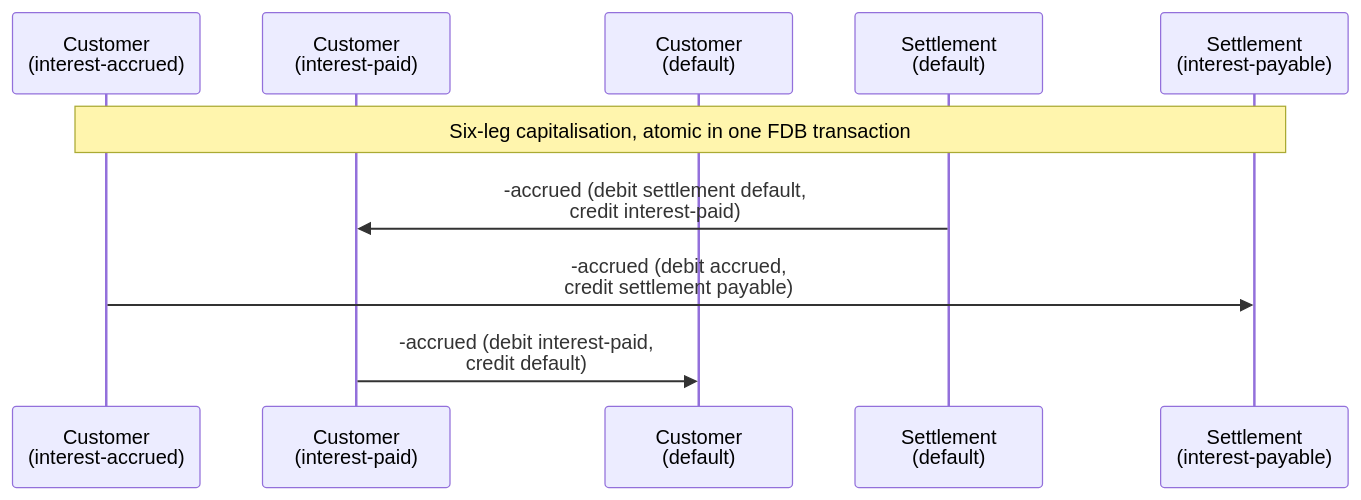
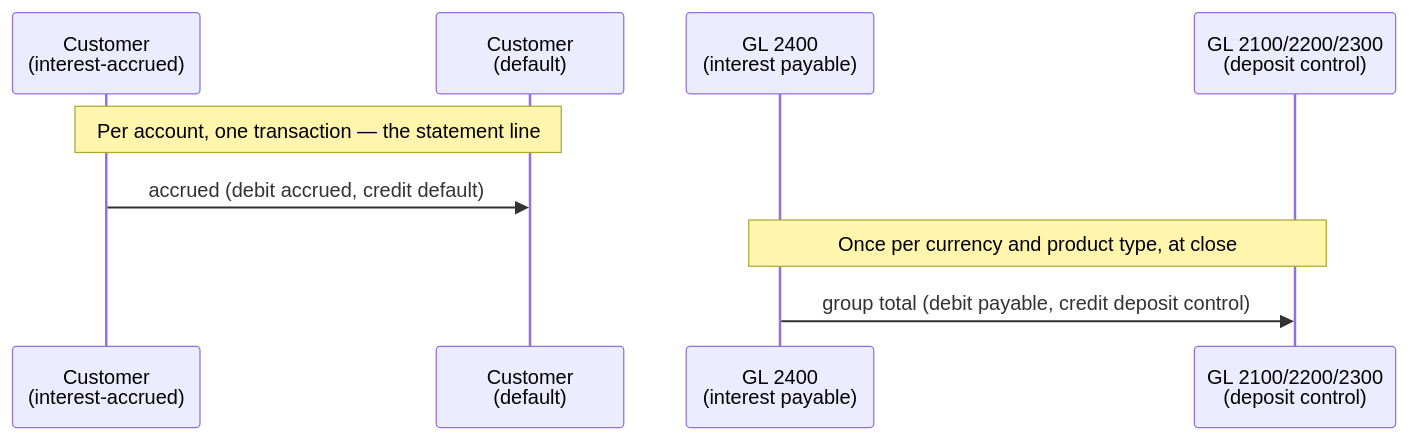
One commit to kjothen/queenswood changed the second of 2 diagrams in docs/tdd/interest.md. Above: the diagram before and after it, drawn with Mermaid. The commit also changed other lines of this file and 19 other files, not shown here.

````diff
--- a/docs/tdd/interest.md
+++ b/docs/tdd/interest.md
@@ -247,13 +285,12 @@
 ```mermaid
 sequenceDiagram
     participant A as Customer<br/>(interest-accrued)
-    participant B as Customer<br/>(interest-paid)
     participant D as Customer<br/>(default)
-    participant S as Settlement<br/>(default)
-    participant L as Settlement<br/>(interest-payable)
+    participant P as GL 2400<br/>(interest payable)
+    participant C as GL 2100/2200/2300<br/>(deposit control)
 
-    Note over A,L: Six-leg capitalisation, atomic in one FDB transaction
-    S->>B: -accrued (debit settlement default,<br/>credit interest-paid)
-    A->>L: -accrued (debit accrued,<br/>credit settlement payable)
-    B->>D: -accrued (debit interest-paid,<br/>credit default)
+    Note over A,D: Per account, one transaction — the statement line
+    A->>D: accrued (debit accrued, credit default)
+    Note over P,C: Once per currency and product type, at close
+    P->>C: group total (debit payable, credit deposit control)
 ```
````
